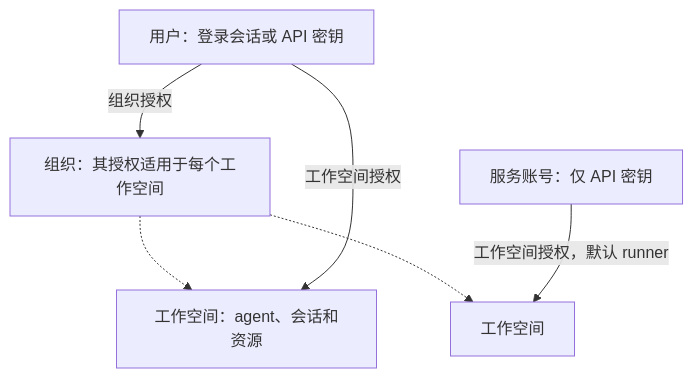
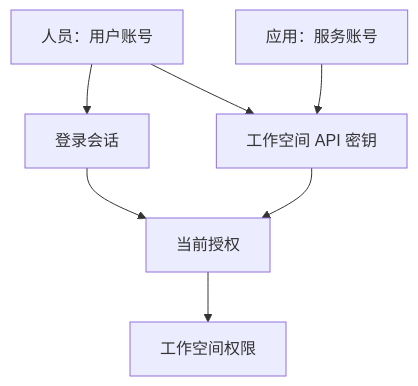
One commit to Jarvis636431/agent-foundation changed the diagram in docs/a13n-service/identity.zh-CN.md. Above: the diagram before and after it, drawn with Mermaid. The commit also changed other lines of this file and 202 other files, not shown here.

````diff
--- a/docs/a13n-service/identity.zh-CN.md
+++ b/docs/a13n-service/identity.zh-CN.md
@@ -8,13 +10,12 @@
 ```mermaid
 flowchart TB
-    User["用户：登录会话或 API 密钥"]
-    Account["服务账号：仅 API 密钥"]
-    User -->|"组织授权"| Organization["组织：其授权适用于每个工作空间"]
-    Organization -.-> Workspace1["工作空间：agent、会话和资源"]
-    Organization -.-> Workspace2["工作空间"]
-    User -->|"工作空间授权"| Workspace1
-    Account -->|"工作空间授权，默认 runner"| Workspace2
+    User["人员：用户账号"] --> Login["登录会话"]
+    User --> Key["工作空间 API 密钥"]
+    App["应用：服务账号"] --> Key
+    Login --> Grants["当前授权"]
+    Key --> Grants
+    Grants --> Workspace["工作空间权限"]
 
-    class User,Account app
-    class Organization,Workspace1,Workspace2 a13n
+    class User,App app
+    class Login,Key,Grants,Workspace a13n
 ```
````
